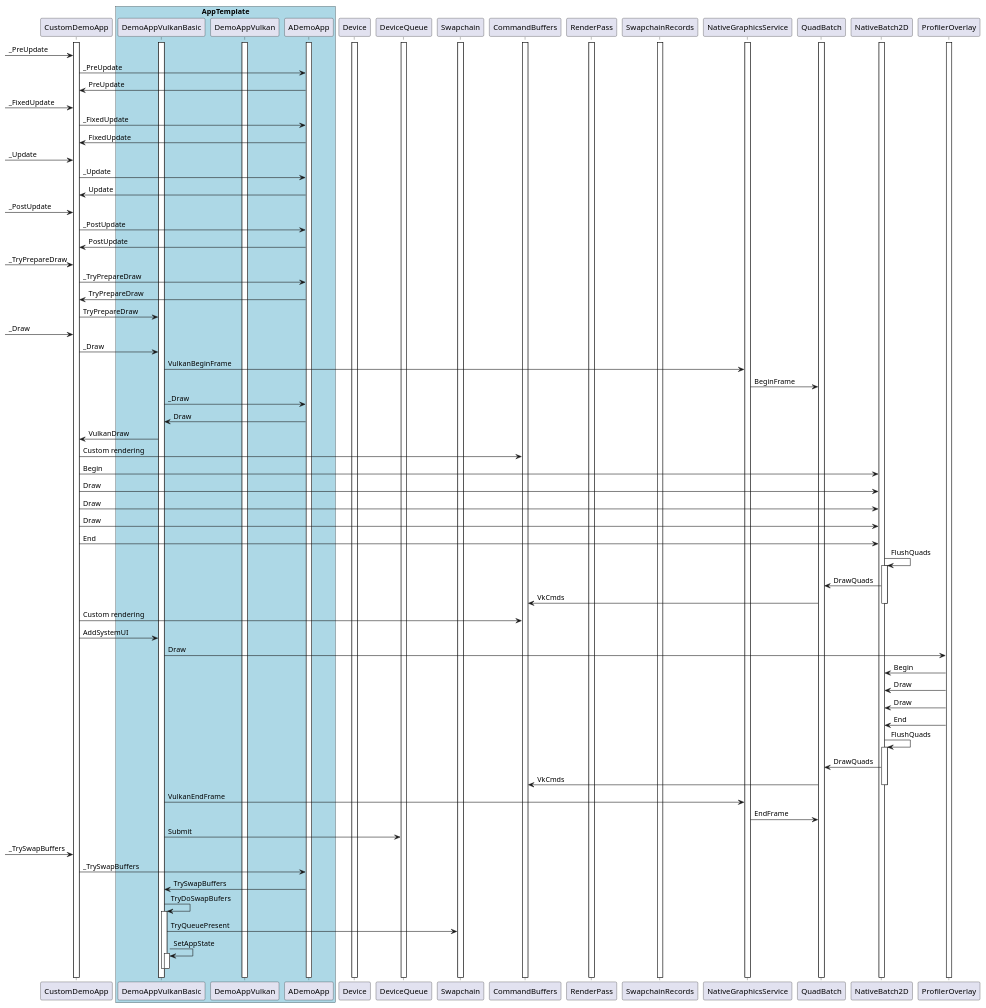
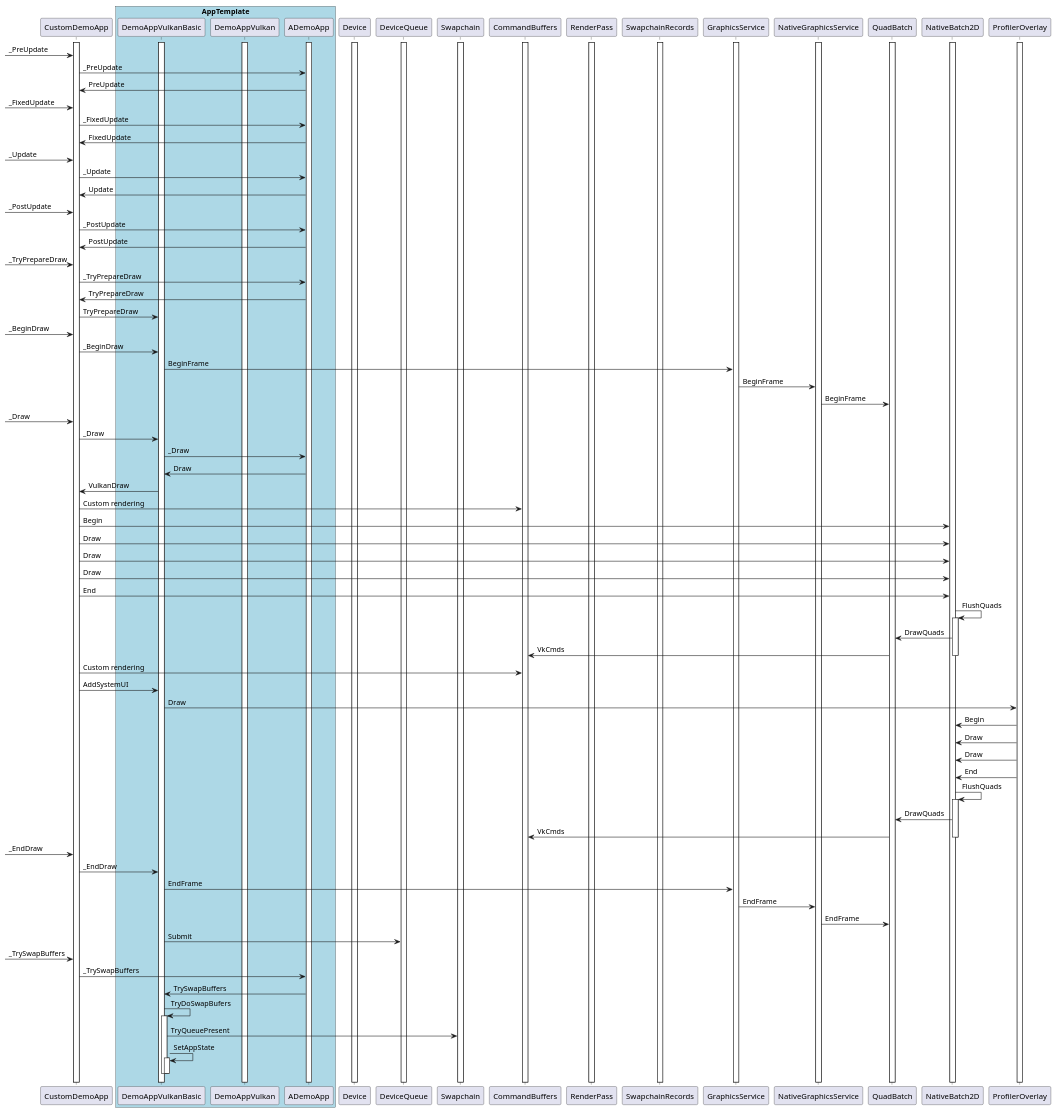
One commit to nxp-imx/gtec-demo-framework changed the diagram in Doc/Vulkan/Diagrams/FslDemoApp.Vulkan__Flow_VulkanDemoAppBasic_Draw.pu. Above: the diagram before and after it, drawn with PlantUML. The commit also changed 2498 other files, not shown here.

```diff
--- a/Doc/Vulkan/Diagrams/FslDemoApp.Vulkan__Flow_VulkanDemoAppBasic_Draw.pu
+++ b/Doc/Vulkan/Diagrams/FslDemoApp.Vulkan__Flow_VulkanDemoAppBasic_Draw.pu
@@ -1,96 +1,105 @@
 @startuml VulkanDemoAppBasic Draw Flow
 
 activate CustomDemoApp
 activate DemoAppVulkanBasic
 activate DemoAppVulkan
 activate ADemoApp
 
 box "AppTemplate" #LightBlue
     participant DemoAppVulkanBasic
     participant DemoAppVulkan
     participant ADemoApp
 end box
 
 activate Device
 activate DeviceQueue
 activate Swapchain
 activate CommandBuffers
 activate RenderPass
 activate SwapchainRecords
+activate GraphicsService
 activate NativeGraphicsService
 activate QuadBatch
 activate NativeBatch2D
 activate ProfilerOverlay
 
 ->CustomDemoApp: _PreUpdate
 CustomDemoApp->ADemoApp: _PreUpdate
 ADemoApp->CustomDemoApp: PreUpdate
 
 ->CustomDemoApp: _FixedUpdate
 CustomDemoApp->ADemoApp: _FixedUpdate
 ADemoApp->CustomDemoApp: FixedUpdate
 
 ->CustomDemoApp: _Update
 CustomDemoApp->ADemoApp: _Update
 ADemoApp->CustomDemoApp: Update
 
 ->CustomDemoApp: _PostUpdate
 CustomDemoApp->ADemoApp: _PostUpdate
 ADemoApp->CustomDemoApp: PostUpdate
 
 ->CustomDemoApp: _TryPrepareDraw
 CustomDemoApp->ADemoApp: _TryPrepareDraw
 ADemoApp->CustomDemoApp: TryPrepareDraw
 CustomDemoApp->DemoAppVulkanBasic: TryPrepareDraw
 
+->CustomDemoApp: _BeginDraw
+CustomDemoApp->DemoAppVulkanBasic: _BeginDraw
+DemoAppVulkanBasic->GraphicsService: BeginFrame
+GraphicsService->NativeGraphicsService: BeginFrame
+NativeGraphicsService->QuadBatch: BeginFrame
+
 ->CustomDemoApp: _Draw
 CustomDemoApp->DemoAppVulkanBasic: _Draw
-DemoAppVulkanBasic->NativeGraphicsService: VulkanBeginFrame
-NativeGraphicsService->QuadBatch: BeginFrame
 DemoAppVulkanBasic->ADemoApp: _Draw
 ADemoApp->DemoAppVulkanBasic: Draw
 DemoAppVulkanBasic->CustomDemoApp: VulkanDraw
 
 CustomDemoApp->CommandBuffers: Custom rendering
 
 ' If app uses the native batch directly
 CustomDemoApp->NativeBatch2D: Begin
 CustomDemoApp->NativeBatch2D: Draw
 CustomDemoApp->NativeBatch2D: Draw
 CustomDemoApp->NativeBatch2D: Draw
 CustomDemoApp->NativeBatch2D: End
 NativeBatch2D->NativeBatch2D++: FlushQuads
 NativeBatch2D->QuadBatch: DrawQuads
 QuadBatch->CommandBuffers: VkCmds
 deactivate NativeBatch2D
 ' App issues custom render command here
 CustomDemoApp->CommandBuffers: Custom rendering
 ' As last thing we add the system UI
 CustomDemoApp->DemoAppVulkanBasic: AddSystemUI
 ' App profiler overlay is added in AddSystemUI
 DemoAppVulkanBasic->ProfilerOverlay: Draw
 ProfilerOverlay->NativeBatch2D: Begin
 ProfilerOverlay->NativeBatch2D: Draw
 ProfilerOverlay->NativeBatch2D: Draw
 ProfilerOverlay->NativeBatch2D: End
 NativeBatch2D->NativeBatch2D++: FlushQuads
 NativeBatch2D->QuadBatch: DrawQuads
 QuadBatch->CommandBuffers: VkCmds
 deactivate NativeBatch2D
 
 ' VulkanDraw is finished, and control is returned to DemoAppVUlkanBaic
 ' so finish the frame
-DemoAppVulkanBasic->NativeGraphicsService: VulkanEndFrame
+
+->CustomDemoApp: _EndDraw
+CustomDemoApp->DemoAppVulkanBasic: _EndDraw
+DemoAppVulkanBasic->GraphicsService: EndFrame
+GraphicsService->NativeGraphicsService: EndFrame
 NativeGraphicsService->QuadBatch: EndFrame
 DemoAppVulkanBasic->DeviceQueue: Submit
 
 ->CustomDemoApp: _TrySwapBuffers
 CustomDemoApp->ADemoApp: _TrySwapBuffers
 ADemoApp->DemoAppVulkanBasic: TrySwapBuffers
 DemoAppVulkanBasic->DemoAppVulkanBasic++: TryDoSwapBufers
 DemoAppVulkanBasic->Swapchain: TryQueuePresent
 DemoAppVulkanBasic->DemoAppVulkanBasic++: SetAppState
 deactivate DemoAppVulkanBasic
 deactivate DemoAppVulkanBasic
 
 @enduml
```
